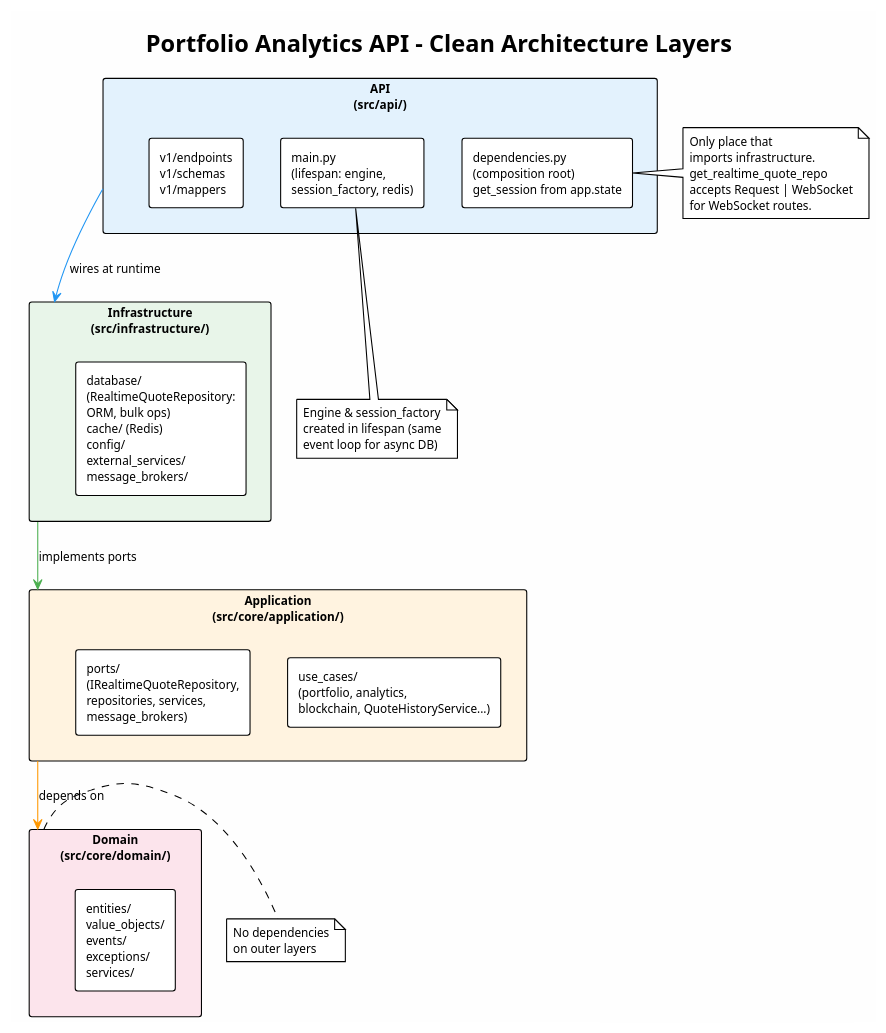
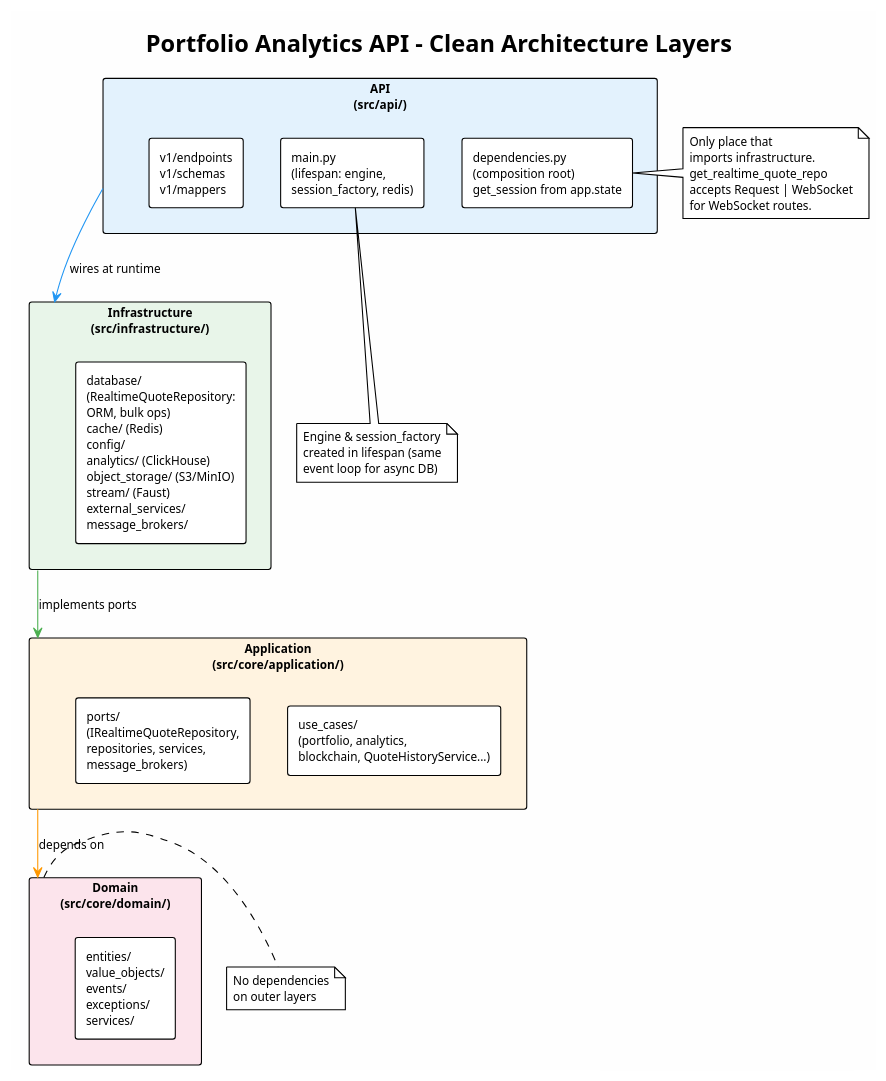
One commit to felixzhu97/finpulse changed the diagram in docs/en/c4/clean-architecture-portfolio-api.puml. Above: the diagram before and after it, drawn with PlantUML. The commit also changed 9 other files, not shown here.

First line of the commit message:
feat: Enhance API documentation and architecture diagrams for analytics and forecasting

```diff
--- a/docs/en/c4/clean-architecture-portfolio-api.puml
+++ b/docs/en/c4/clean-architecture-portfolio-api.puml
@@ -1,50 +1,50 @@
 @startuml clean-architecture-portfolio-api
 !theme plain
 skinparam backgroundColor #FEFEFE
 skinparam defaultFontSize 11
 
 title Portfolio Analytics API - Clean Architecture Layers
 
 rectangle "**API**\n(src/api/)" as API #E3F2FD {
   rectangle "main.py\n(lifespan: engine,\nsession_factory, redis)" as LIFESPAN
   rectangle "dependencies.py\n(composition root)\nget_session from app.state" as DI
   rectangle "v1/endpoints\nv1/schemas\nv1/mappers" as WEB
 }
 
 rectangle "**Infrastructure**\n(src/infrastructure/)" as INFRA #E8F5E9 {
-  rectangle "database/\n(RealtimeQuoteRepository:\nORM, bulk ops)\ncache/ (Redis)\nconfig/\nexternal_services/\nmessage_brokers/" as INFRA_IMPL
+  rectangle "database/\n(RealtimeQuoteRepository:\nORM, bulk ops)\ncache/ (Redis)\nconfig/\nanalytics/ (ClickHouse)\nobject_storage/ (S3/MinIO)\nstream/ (Faust)\nexternal_services/\nmessage_brokers/" as INFRA_IMPL
 }
 
 rectangle "**Application**\n(src/core/application/)" as APP #FFF3E0 {
   rectangle "use_cases/\n(portfolio, analytics,\nblockchain, QuoteHistoryService...)" as UC
   rectangle "ports/\n(IRealtimeQuoteRepository,\nrepositories, services,\nmessage_brokers)" as PORTS
 }
 
 rectangle "**Domain**\n(src/core/domain/)" as DOMAIN #FCE4EC {
   rectangle "entities/\nvalue_objects/\nevents/\nexceptions/\nservices/" as DOMAIN_IMPL
 }
 
 API -[#2196F3]-> INFRA : wires at runtime
 INFRA -[#4CAF50]-> APP : implements ports
 APP -[#FF9800]-> DOMAIN : depends on
 
 note right of DOMAIN
   No dependencies
   on outer layers
 end note
 
 note right of DI
   Only place that
   imports infrastructure.
   get_realtime_quote_repo
   accepts Request | WebSocket
   for WebSocket routes.
 end note
 
 note bottom of LIFESPAN
   Engine & session_factory
   created in lifespan (same
   event loop for async DB)
 end note
 
 @enduml
```
